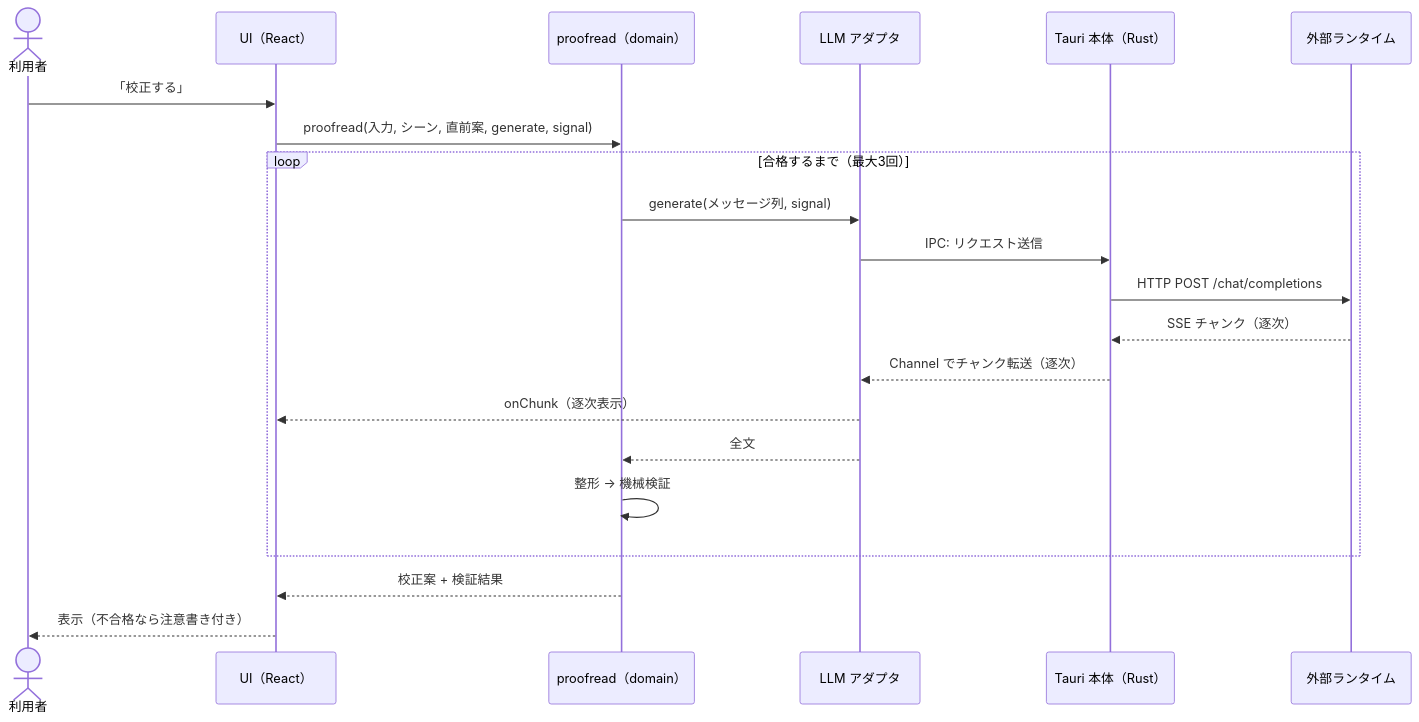
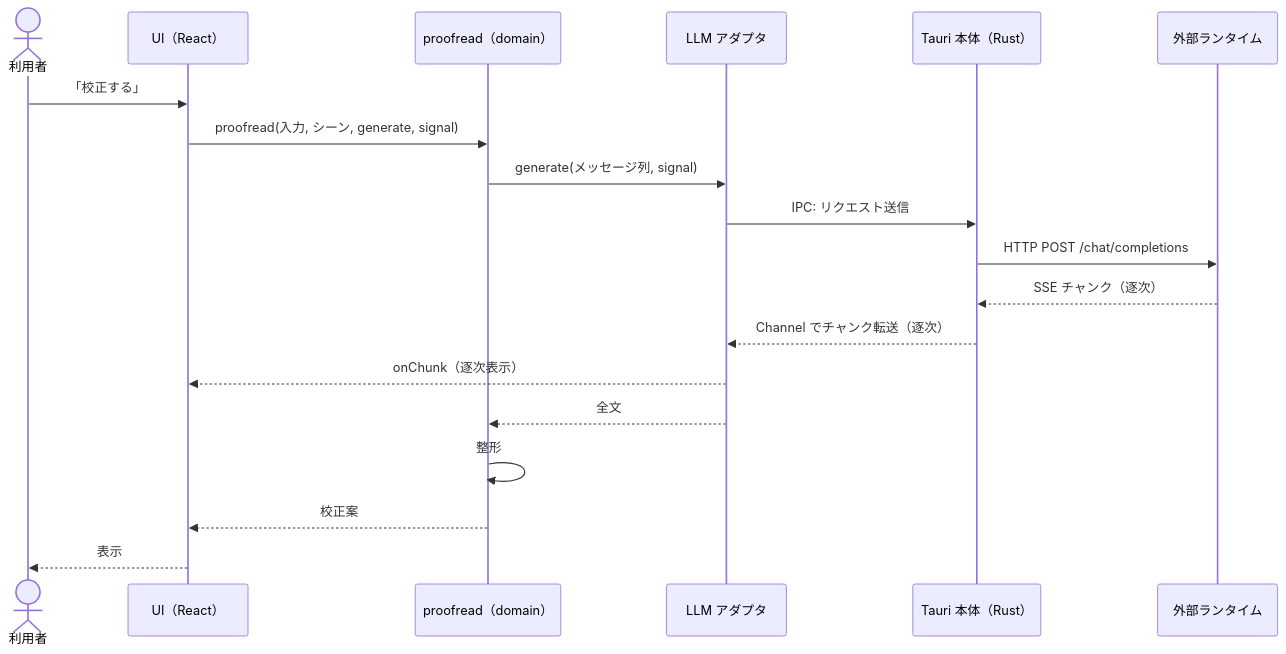
The second of 2 diagrams in docs/design.md (kkeisuke/message-proofreading), drawn with Mermaid before and after one commit. The commit also changed other lines of this file and 2 other files, not shown here.

````diff
--- a/docs/design.md
+++ b/docs/design.md
@@ -183,24 +174,22 @@
 ```mermaid
 sequenceDiagram
     actor user as 利用者
     participant ui as UI（React）
     participant dom as proofread（domain）
     participant llm as LLM アダプタ
     participant rust as Tauri 本体（Rust）
     participant rt as 外部ランタイム
 
     user->>ui: 「校正する」
-    ui->>dom: proofread(入力, シーン, 直前案, generate, signal)
-    loop 合格するまで（最大3回）
-        dom->>llm: generate(メッセージ列, signal)
-        llm->>rust: IPC: リクエスト送信
-        rust->>rt: HTTP POST /chat/completions
-        rt-->>rust: SSE チャンク（逐次）
-        rust-->>llm: Channel でチャンク転送（逐次）
-        llm-->>ui: onChunk（逐次表示）
-        llm-->>dom: 全文
-        dom->>dom: 整形 → 機械検証
-    end
-    dom-->>ui: 校正案 + 検証結果
-    ui-->>user: 表示（不合格なら注意書き付き）
+    ui->>dom: proofread(入力, シーン, generate, signal)
+    dom->>llm: generate(メッセージ列, signal)
+    llm->>rust: IPC: リクエスト送信
+    rust->>rt: HTTP POST /chat/completions
+    rt-->>rust: SSE チャンク（逐次）
+    rust-->>llm: Channel でチャンク転送（逐次）
+    llm-->>ui: onChunk（逐次表示）
+    llm-->>dom: 全文
+    dom->>dom: 整形
+    dom-->>ui: 校正案
+    ui-->>user: 表示
 ```
````
